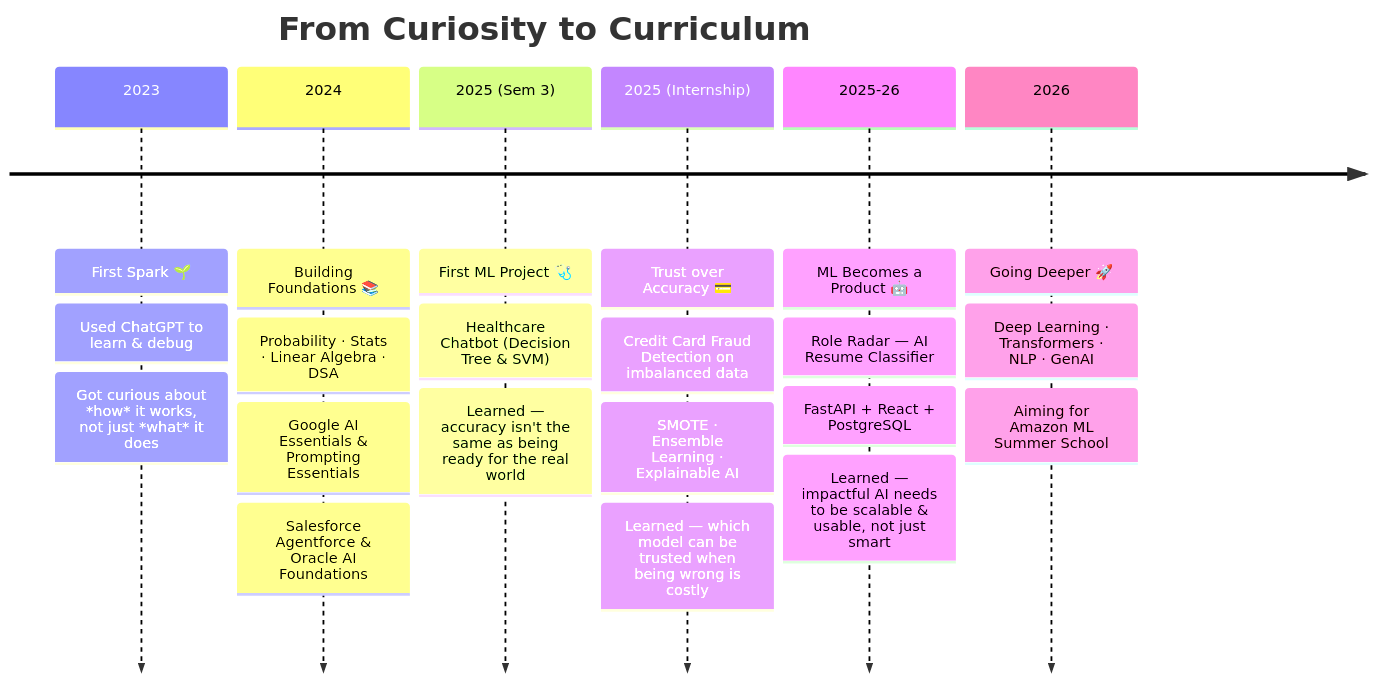
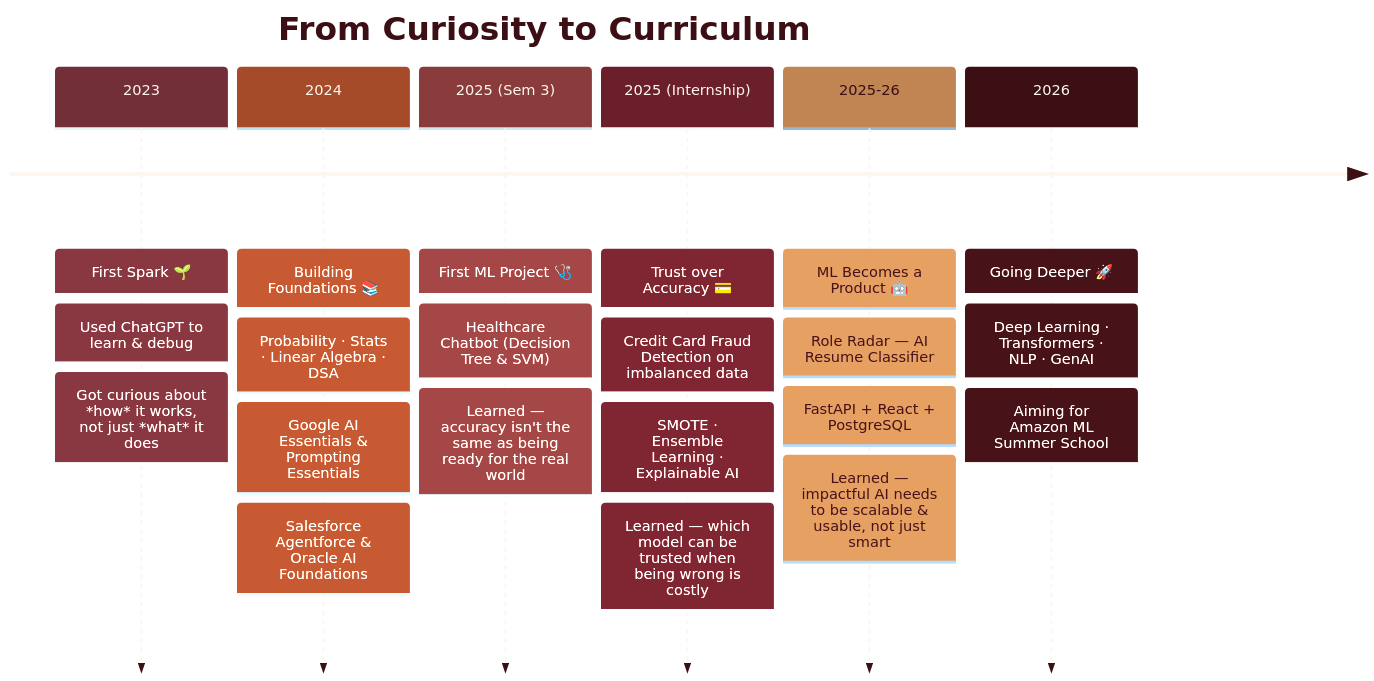
One commit to ridhima183/ridhima183 changed the diagram in README.MD. Above: the diagram before and after it, drawn with Mermaid.

````diff
--- a/README.MD
+++ b/README.MD
@@ -77,10 +77,36 @@
 ```mermaid
+%%{init: {
+  "theme": "base",
+  "themeVariables": {
+    "background": "#FDF6EC",
+    "primaryColor": "#722F37",
+    "primaryTextColor": "#FDF6EC",
+    "primaryBorderColor": "#3B0F14",
+    "secondaryColor": "#A64B2A",
+    "tertiaryColor": "#C08552",
+    "lineColor": "#6B1F2A",
+    "textColor": "#3B0F14",
+    "mainBkg": "#722F37",
+    "cScale0": "#722F37",
+    "cScale1": "#A64B2A",
+    "cScale2": "#8A3B3B",
+    "cScale3": "#6B1F2A",
+    "cScale4": "#C08552",
+    "cScale5": "#3B0F14",
+    "cScaleLabel0": "#FDF6EC",
+    "cScaleLabel1": "#FDF6EC",
+    "cScaleLabel2": "#FDF6EC",
+    "cScaleLabel3": "#FDF6EC",
+    "cScaleLabel4": "#3B0F14",
+    "cScaleLabel5": "#FDF6EC"
+  }
+}}%%
 timeline
     title From Curiosity to Curriculum
     2023 : First Spark 🌱 : Used ChatGPT to learn & debug : Got curious about *how* it works, not just *what* it does
     2024 : Building Foundations 📚 : Probability · Stats · Linear Algebra · DSA : Google AI Essentials & Prompting Essentials : Salesforce Agentforce & Oracle AI Foundations
     2025 (Sem 3) : First ML Project 🩺 : Healthcare Chatbot (Decision Tree & SVM) : Learned — accuracy isn't the same as being ready for the real world
     2025 (Internship) : Trust over Accuracy 💳 : Credit Card Fraud Detection on imbalanced data : SMOTE · Ensemble Learning · Explainable AI : Learned — which model can be trusted when being wrong is costly
     2025-26 : ML Becomes a Product 🤖 : Role Radar — AI Resume Classifier : FastAPI + React + PostgreSQL : Learned — impactful AI needs to be scalable & usable, not just smart
     2026 : Going Deeper 🚀 : Deep Learning · Transformers · NLP · GenAI : Aiming for Amazon ML Summer School
 ```
````
